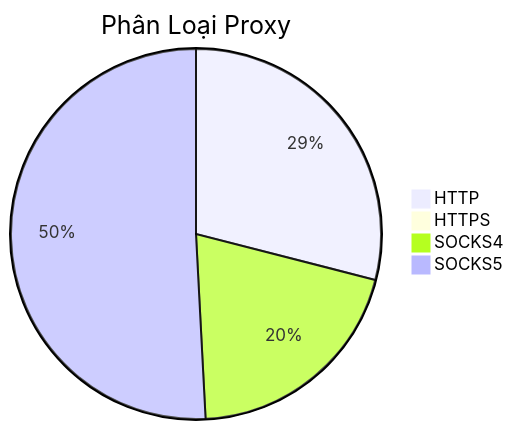
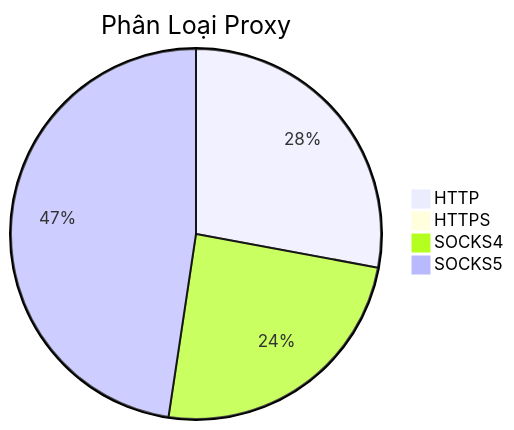
Before and after one commit to Ciara-Aa/PROXY-free: the diagram in README.md, drawn with Mermaid. The commit also changed other lines of this file and 4 other files, not shown here.

````diff
--- a/README.md
+++ b/README.md
@@ -26,7 +26,7 @@
 ```mermaid
 pie title Phân Loại Proxy
-    "HTTP" : 421
-    "HTTPS" : 12
-    "SOCKS4" : 293
-    "SOCKS5" : 738
+    "HTTP" : 347
+    "HTTPS" : 8
+    "SOCKS4" : 304
+    "SOCKS5" : 592
 ```
````
